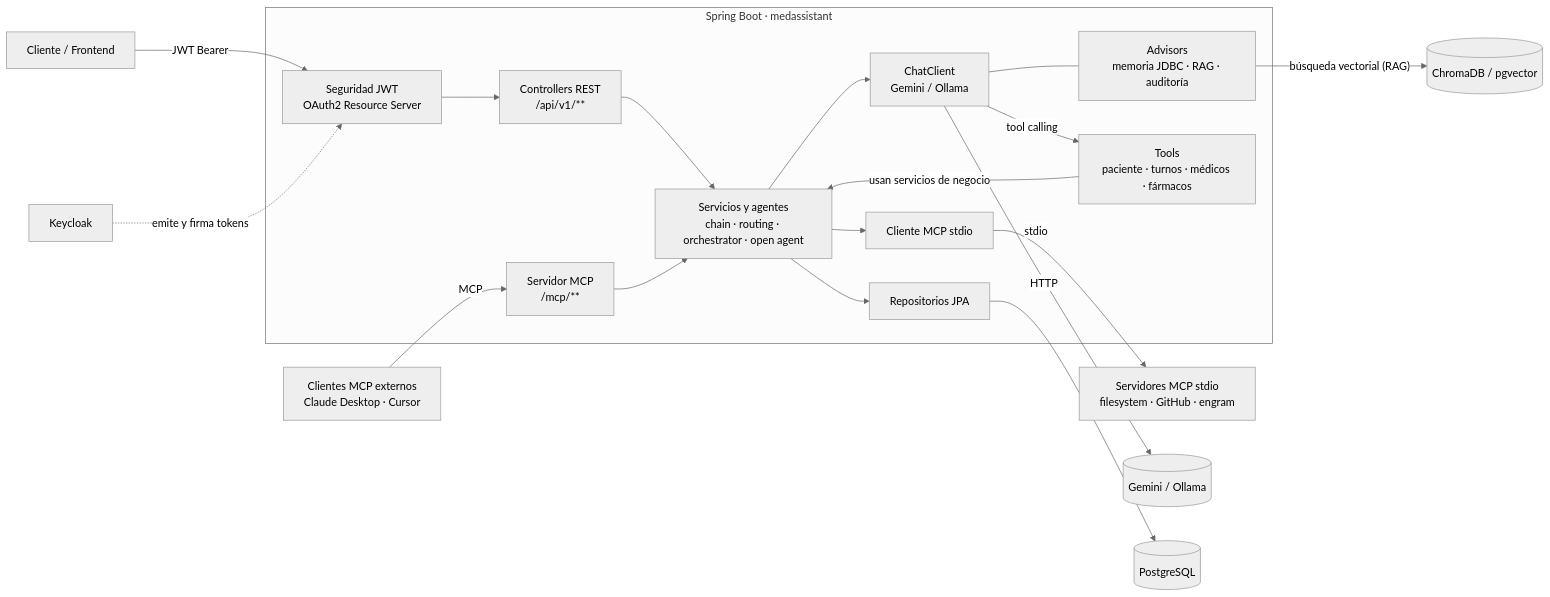
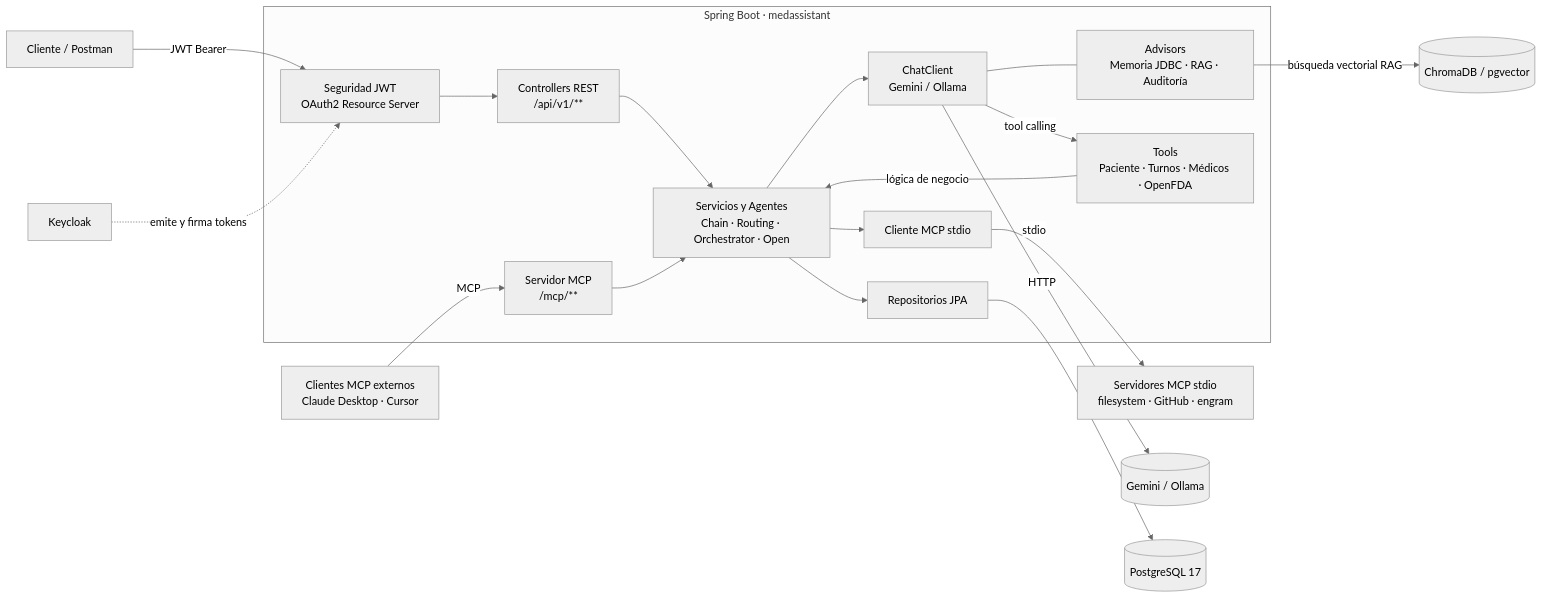
The first of 2 diagrams in README.md (EngerDuran/medassistant), drawn with Mermaid (neutral theme) before and after one commit. The commit also changed other lines of this file, not shown here.

Commit message:
docs: redesign README with AWS architecture diagram and structured sections

````diff
--- a/README.md
+++ b/README.md
@@ -68,35 +102,35 @@
 ```mermaid
 flowchart LR
-    UI[Cliente / Frontend]
+    UI[Cliente / Postman]
     KC[Keycloak]
     MCPEXT[Clientes MCP externos<br/>Claude Desktop · Cursor]
     MCPSTD[Servidores MCP stdio<br/>filesystem · GitHub · engram]
 
     subgraph App[Spring Boot · medassistant]
         SEC[Seguridad JWT<br/>OAuth2 Resource Server]
         CTRL[Controllers REST<br/>/api/v1/**]
-        SVC[Servicios y agentes<br/>chain · routing · orchestrator · open agent]
+        SVC[Servicios y Agentes<br/>Chain · Routing · Orchestrator · Open]
         CC[ChatClient<br/>Gemini / Ollama]
-        AD[Advisors<br/>memoria JDBC · RAG · auditoría]
-        TOOLS[Tools<br/>paciente · turnos · médicos · fármacos]
+        AD[Advisors<br/>Memoria JDBC · RAG · Auditoría]
+        TOOLS[Tools<br/>Paciente · Turnos · Médicos · OpenFDA]
         MCPSRV[Servidor MCP<br/>/mcp/**]
         MCPCLI[Cliente MCP stdio]
         REPO[Repositorios JPA]
     end
 
     LLM[(Gemini / Ollama)]
-    PG[(PostgreSQL)]
+    PG[(PostgreSQL 17)]
     VEC[(ChromaDB / pgvector)]
 
     UI -->|JWT Bearer| SEC
     KC -.->|emite y firma tokens| SEC
     SEC --> CTRL --> SVC --> CC
     CC --- AD
     CC -->|tool calling| TOOLS
-    TOOLS -->|usan servicios de negocio| SVC
+    TOOLS -->|lógica de negocio| SVC
     SVC --> REPO --> PG
-    AD -->|"búsqueda vectorial (RAG)"| VEC
+    AD -->|búsqueda vectorial RAG| VEC
     CC -->|HTTP| LLM
     MCPEXT -->|MCP| MCPSRV --> SVC
     SVC --> MCPCLI -->|stdio| MCPSTD
 ```
````
